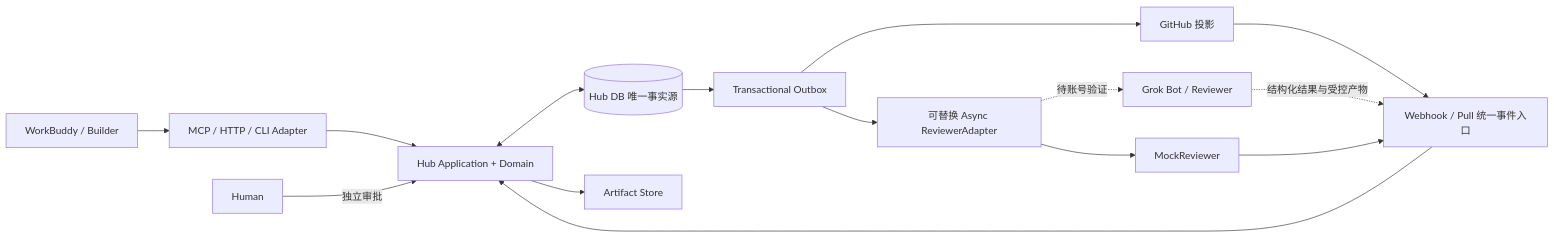
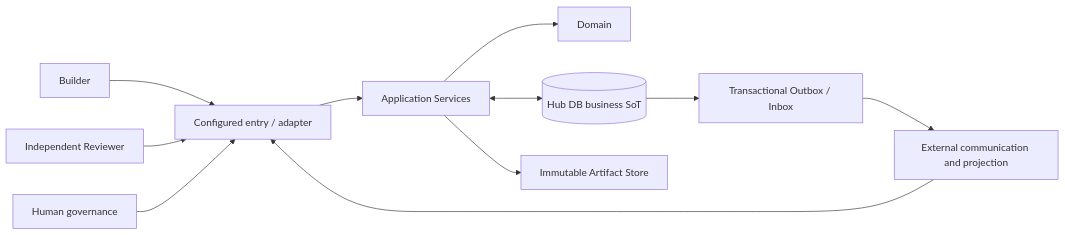
Before and after one commit to amir-hasan666/grokbuddy: the diagram in README.md, drawn with Mermaid. The commit also changed other lines of this file and 50 other files, not shown here.

````diff
--- a/README.md
+++ b/README.md
@@ -7,17 +11,13 @@
 ```mermaid
 flowchart LR
-  WB[WorkBuddy / Builder] --> IN[MCP / HTTP / CLI Adapter]
-  IN --> H[Hub Application + Domain]
-  HU[Human] -->|独立审批| H
-  H <--> DB[(Hub DB 唯一事实源)]
-  H --> A[Artifact Store]
-  DB --> O[Transactional Outbox]
-  O --> R[可替换 Async ReviewerAdapter]
-  R --> M[MockReviewer]
-  R -.待账号验证.-> G[Grok Bot / Reviewer]
-  O --> GH[GitHub 投影]
-  GH --> E[Webhook / Pull 统一事件入口]
-  G -.结构化结果与受控产物.-> E
-  M --> E
-  E --> H
+  B[Builder] --> E[Configured entry / adapter]
+  R[Independent Reviewer] --> E
+  H[Human governance] --> E
+  E --> A[Application Services]
+  A --> D[Domain]
+  A <--> DB[(Hub DB business SoT)]
+  A --> AR[Immutable Artifact Store]
+  DB --> O[Transactional Outbox / Inbox]
+  O --> X[External communication and projection]
+  X --> E
 ```
````
